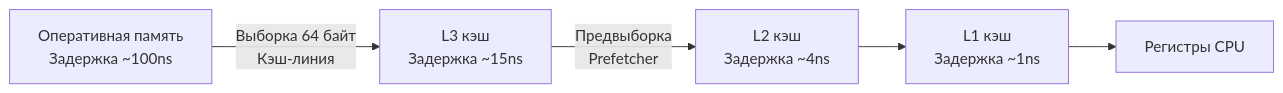
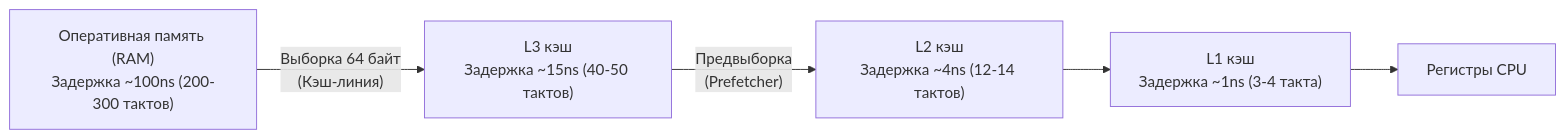
The first of 4 diagrams in sources/20. Алгоритмы и структуры данных (DSA) на Go/02. Базовые структуры данных/1. Массивы и динамические массивы.md (UnrealTemplier/go-textbook), drawn with Mermaid before and after one commit. The commit also changed other lines of this file, not shown here.

````diff
--- a/sources/20. Алгоритмы и структуры данных (DSA) на Go/02. Базовые структуры данных/1. Массивы и динамические массивы.md
+++ b/sources/20. Алгоритмы и структуры данных (DSA) на Go/02. Базовые структуры данных/1. Массивы и динамические массивы.md
@@ -17,7 +15,7 @@
 ```mermaid
 flowchart LR
-    RAM["Оперативная память<br>Задержка ~100ns"] -->|"Выборка 64 байт<br>Кэш-линия"| L3["L3 кэш<br>Задержка ~15ns"]
-    L3 -->|"Предвыборка<br>Prefetcher"| L2["L2 кэш<br>Задержка ~4ns"]
-    L2 --> L1["L1 кэш<br>Задержка ~1ns"]
+    RAM["Оперативная память (RAM)<br/>Задержка ~100ns (200-300 тактов)"] -->|"Выборка 64 байт<br/>(Кэш-линия)"| L3["L3 кэш<br/>Задержка ~15ns (40-50 тактов)"]
+    L3 -->|"Предвыборка<br/>(Prefetcher)"| L2["L2 кэш<br/>Задержка ~4ns (12-14 тактов)"]
+    L2 --> L1["L1 кэш<br/>Задержка ~1ns (3-4 такта)"]
     L1 --> CPU["Регистры CPU"]
 ```
````
